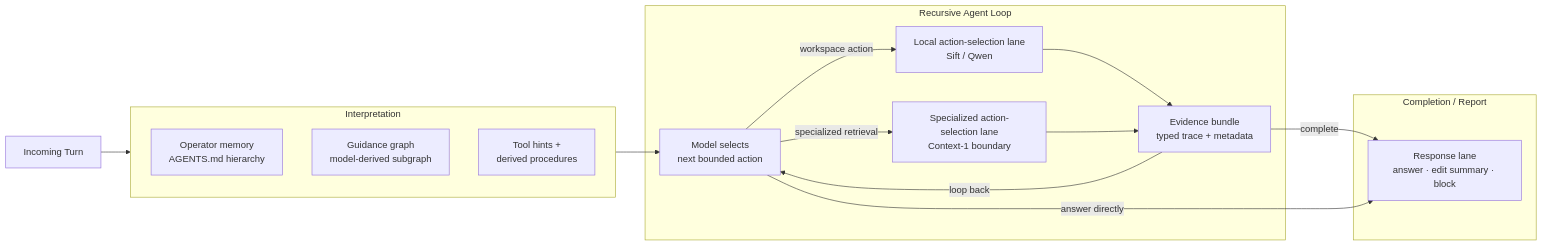
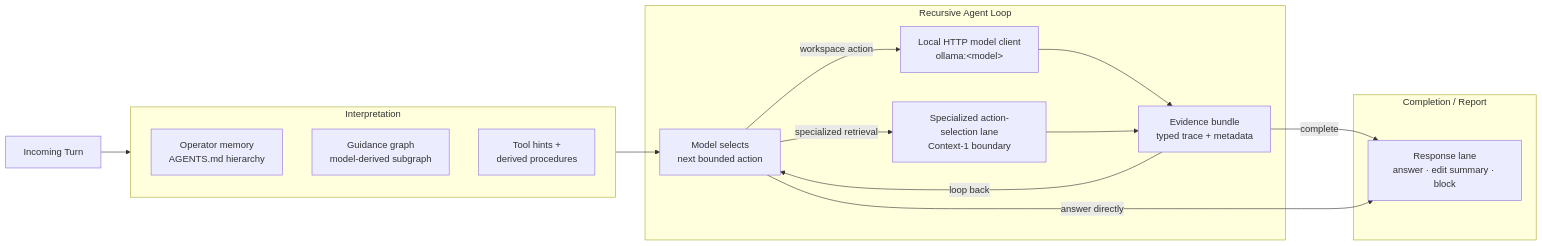
The second of 6 diagrams in README.md (spoke-sh/paddles), drawn with Mermaid before and after one commit. The commit also changed other lines of this file and 11 other files, not shown here.

````diff
--- a/README.md
+++ b/README.md
@@ -112,28 +117,28 @@
 ```mermaid
 flowchart LR
     Turn["Incoming Turn"]
 
     subgraph Interpret ["Interpretation"]
         Memory["Operator memory<br/>AGENTS.md hierarchy"]
         Graph["Guidance graph<br/>model-derived subgraph"]
         Hints["Tool hints +<br/>derived procedures"]
     end
 
     subgraph Plan ["Recursive Agent Loop"]
         Decide["Model selects<br/>next bounded action"]
-        Local["Local action-selection lane<br/>Sift / Qwen"]
+        Local["Local HTTP model client<br/>ollama:&lt;model&gt;"]
         Heavy["Specialized action-selection lane<br/>Context-1 boundary"]
         Evidence["Evidence bundle<br/>typed trace + metadata"]
     end
 
     subgraph Finish ["Completion / Report"]
         Synth["Response lane<br/>answer · edit summary · block"]
     end
 
     Turn --> Interpret --> Decide
     Decide -->|"workspace action"| Local --> Evidence
     Decide -->|"specialized retrieval"| Heavy --> Evidence
     Evidence -->|"loop back"| Decide
     Evidence -->|"complete"| Synth
     Decide -->|"answer directly"| Synth
 ```
````
